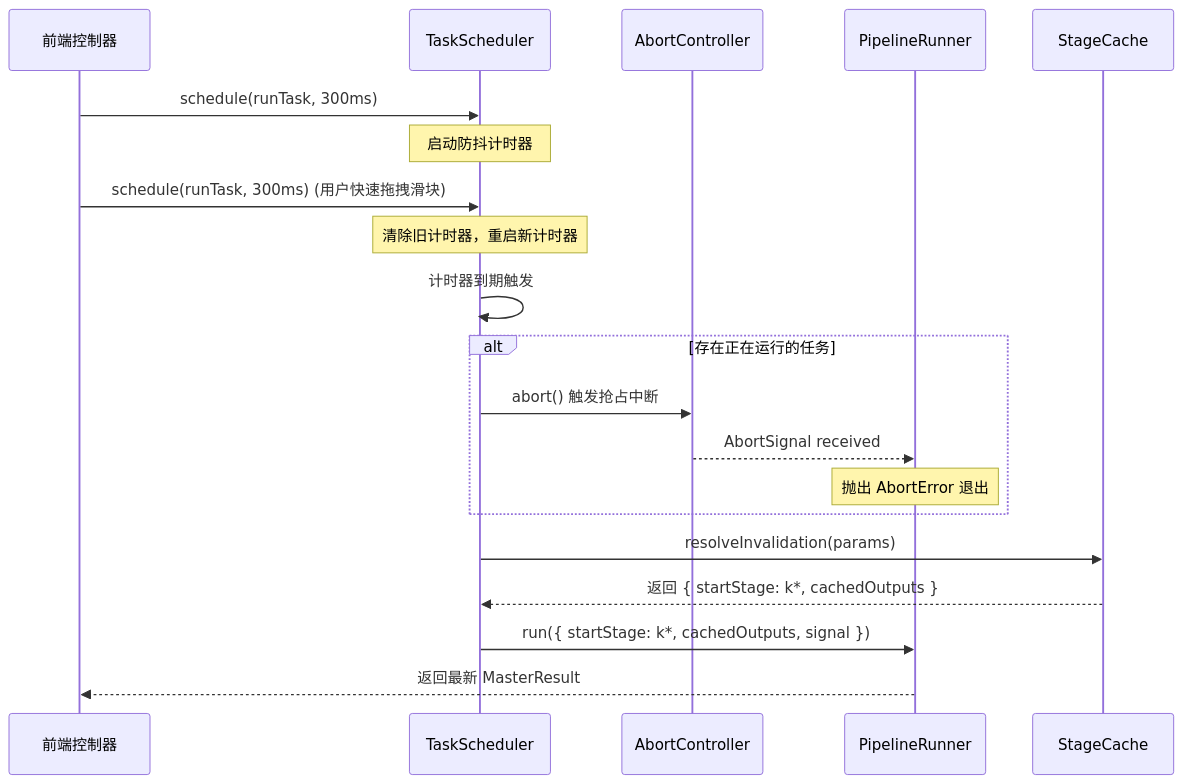
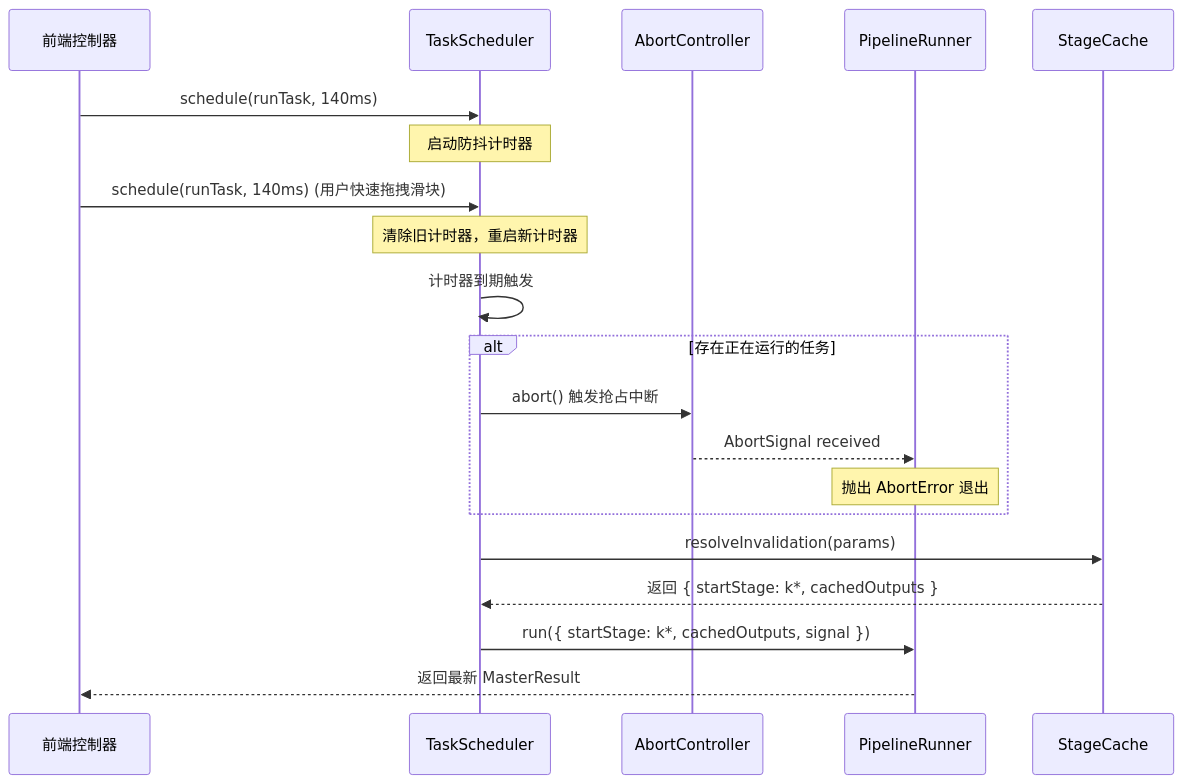
The diagram in src/orchestration/docs/ALGORITHM_SPEC.md (gongzhimin/Etchloom), drawn with Mermaid before and after one commit. The commit also changed other lines of this file and 55 other files, not shown here.

````diff
--- a/src/orchestration/docs/ALGORITHM_SPEC.md
+++ b/src/orchestration/docs/ALGORITHM_SPEC.md
@@ -95,23 +95,23 @@
 ```mermaid
 sequenceDiagram
     participant UI as 前端控制器
     participant TS as TaskScheduler
     participant AC as AbortController
     participant PR as PipelineRunner
     participant SC as StageCache
 
-    UI->>TS: schedule(runTask, 300ms)
+    UI->>TS: schedule(runTask, 140ms)
     Note over TS: 启动防抖计时器
-    UI->>TS: schedule(runTask, 300ms) (用户快速拖拽滑块)
+    UI->>TS: schedule(runTask, 140ms) (用户快速拖拽滑块)
     Note over TS: 清除旧计时器，重启新计时器
     TS->>TS: 计时器到期触发
     alt 存在正在运行的任务
         TS->>AC: abort() 触发抢占中断
         AC-->>PR: AbortSignal received
         Note over PR: 抛出 AbortError 退出
     end
     TS->>SC: resolveInvalidation(params)
     SC-->>TS: 返回 { startStage: k*, cachedOutputs }
     TS->>PR: run({ startStage: k*, cachedOutputs, signal })
     PR-->>UI: 返回最新 MasterResult
 ```
````
